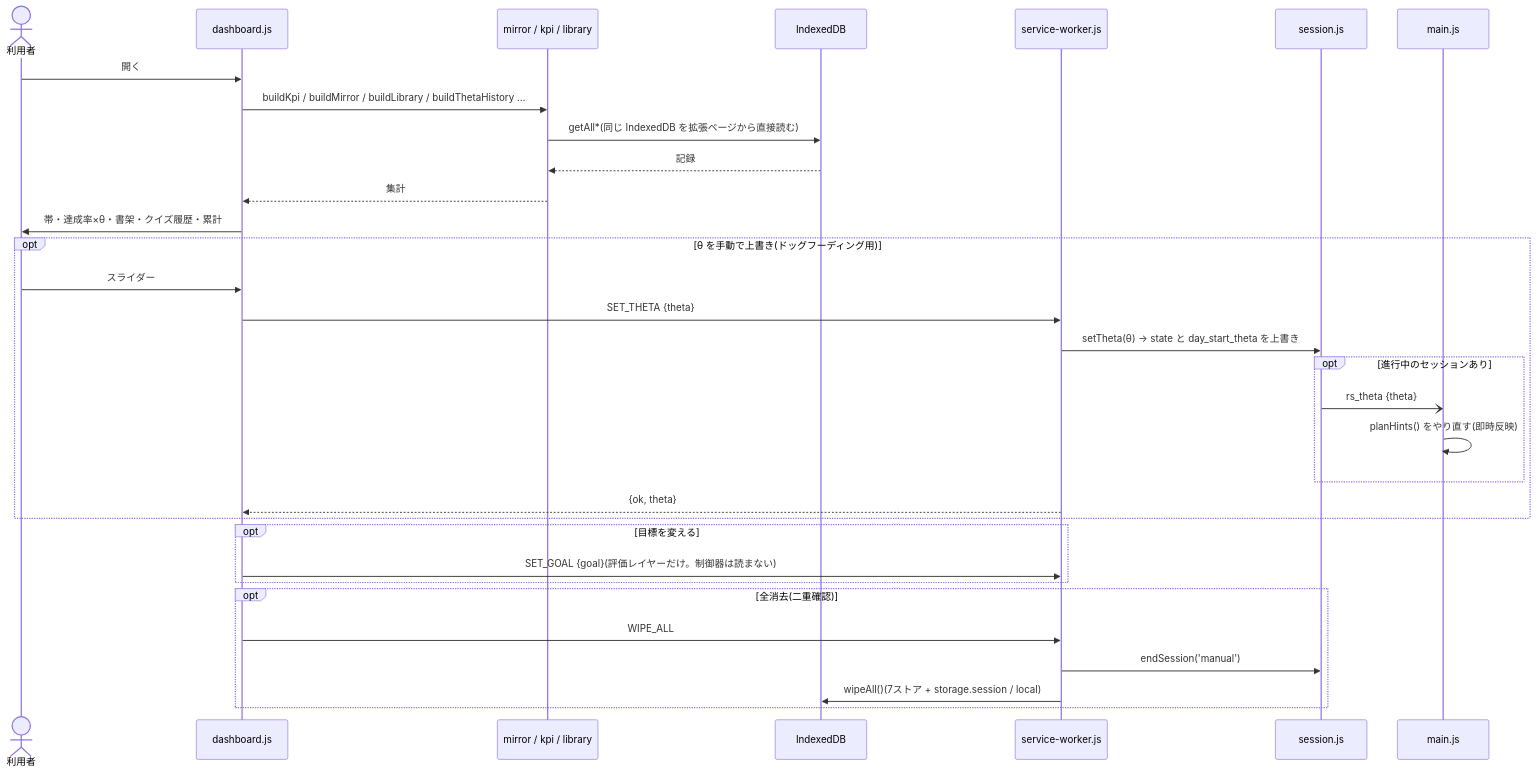
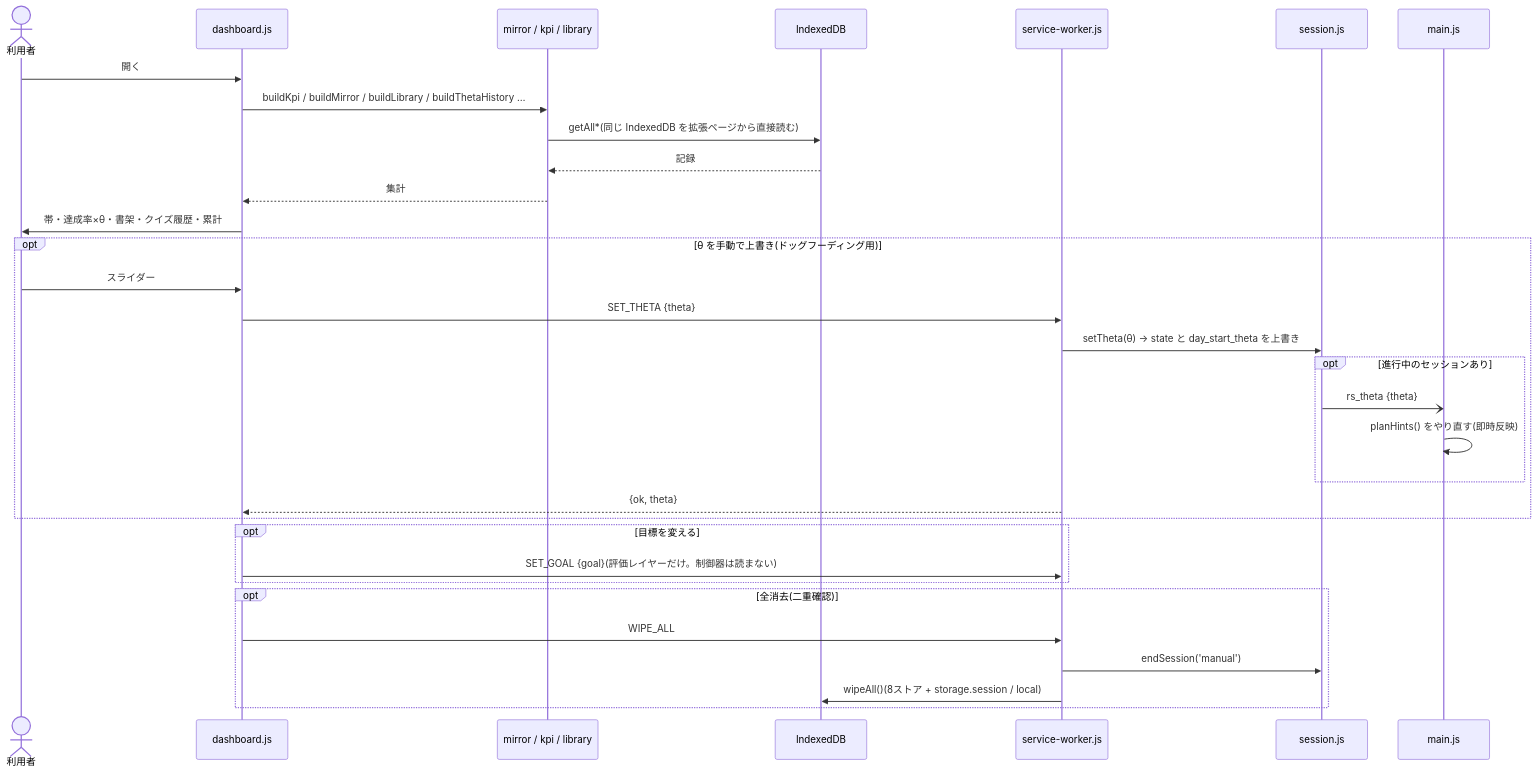
One commit to yukik8/reading-scaffold changed the tenth of 10 diagrams in docs/architecture-v1.md. Above: the diagram before and after it, drawn with Mermaid. The commit also changed other lines of this file and 2 other files, not shown here.

Commit message:
data-design.md を v2(本と箇所を単位に)へ、v1 は docs/archive へ。architecture-v1.md を IndexedDB v4 に追従 (docs)

````diff
--- a/docs/architecture-v1.md
+++ b/docs/architecture-v1.md
@@ -752,36 +757,36 @@
 ```mermaid
 sequenceDiagram
   actor U as 利用者
   participant D as dashboard.js
   participant AGG as mirror / kpi / library
   participant DB as IndexedDB
   participant SW as service-worker.js
   participant SE as session.js
   participant M as main.js
 
   U->>D: 開く
   D->>AGG: buildKpi / buildMirror / buildLibrary / buildThetaHistory …
   AGG->>DB: getAll*(同じ IndexedDB を拡張ページから直接読む)
   DB-->>AGG: 記録
   AGG-->>D: 集計
   D->>U: 帯・達成率×θ・書架・クイズ履歴・累計
 
   opt θ を手動で上書き(ドッグフーディング用)
     U->>D: スライダー
     D->>SW: SET_THETA {theta}
     SW->>SE: setTheta(θ) → state と day_start_theta を上書き
     opt 進行中のセッションあり
       SE-)M: rs_theta {theta}
       M->>M: planHints() をやり直す(即時反映)
     end
     SW-->>D: {ok, theta}
   end
   opt 目標を変える
     D->>SW: SET_GOAL {goal}(評価レイヤーだけ。制御器は読まない)
   end
   opt 全消去(二重確認)
     D->>SW: WIPE_ALL
     SW->>SE: endSession('manual')
-    SW->>DB: wipeAll()(7ストア + storage.session / local)
+    SW->>DB: wipeAll()(8ストア + storage.session / local)
   end
 ```
````
